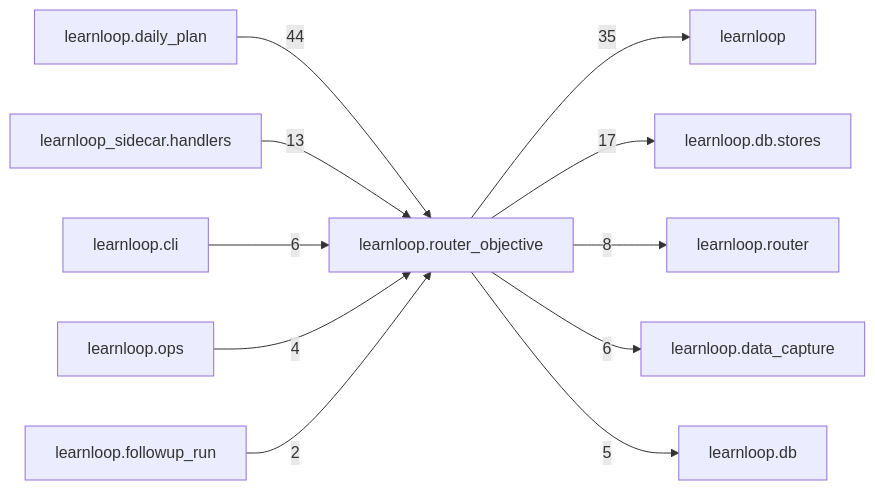
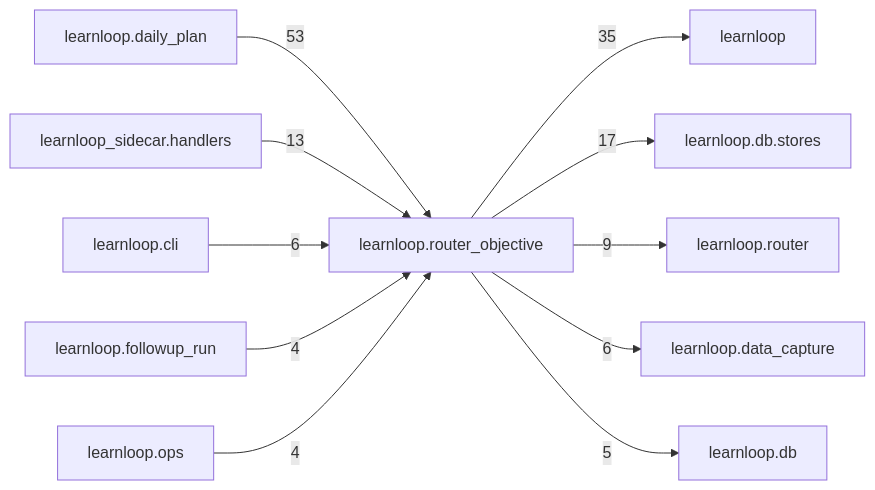
One commit to 6up-b/learnanything changed the diagram in docs/learnloop-architecture-vault/Reference/Modules/learnloop/router_objective/_package.md. Above: the diagram before and after it, drawn with Mermaid. The commit also changed other lines of this file and 95 other files, not shown here.

````diff
--- a/docs/learnloop-architecture-vault/Reference/Modules/learnloop/router_objective/_package.md
+++ b/docs/learnloop-architecture-vault/Reference/Modules/learnloop/router_objective/_package.md
@@ -169,24 +171,24 @@
 ```mermaid
 flowchart LR
     center["learnloop.router_objective"]
     n_learnloop_daily_plan["learnloop.daily_plan"]
     n_learnloop["learnloop"]
     n_learnloop_db_stores["learnloop.db.stores"]
     n_learnloop_sidecar_handlers["learnloop_sidecar.handlers"]
     n_learnloop_router["learnloop.router"]
     n_learnloop_cli["learnloop.cli"]
     n_learnloop_data_capture["learnloop.data_capture"]
     n_learnloop_db["learnloop.db"]
+    n_learnloop_followup_run["learnloop.followup_run"]
     n_learnloop_ops["learnloop.ops"]
-    n_learnloop_followup_run["learnloop.followup_run"]
-    n_learnloop_daily_plan -->|44| center
+    n_learnloop_daily_plan -->|53| center
     center -->|35| n_learnloop
     center -->|17| n_learnloop_db_stores
     n_learnloop_sidecar_handlers -->|13| center
-    center -->|8| n_learnloop_router
+    center -->|9| n_learnloop_router
     n_learnloop_cli -->|6| center
     center -->|6| n_learnloop_data_capture
     center -->|5| n_learnloop_db
+    n_learnloop_followup_run -->|4| center
     n_learnloop_ops -->|4| center
-    n_learnloop_followup_run -->|2| center
 ```
````
